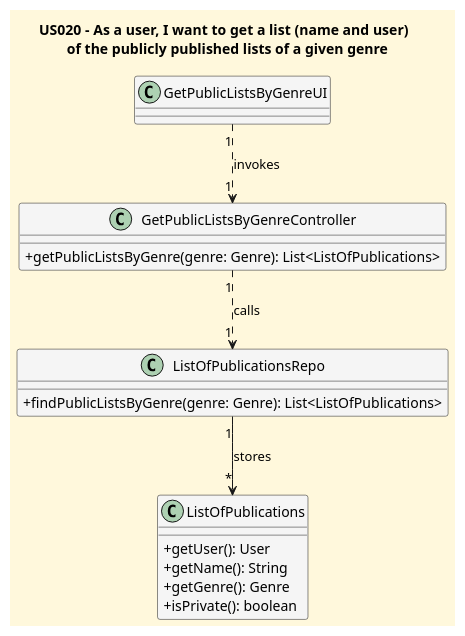
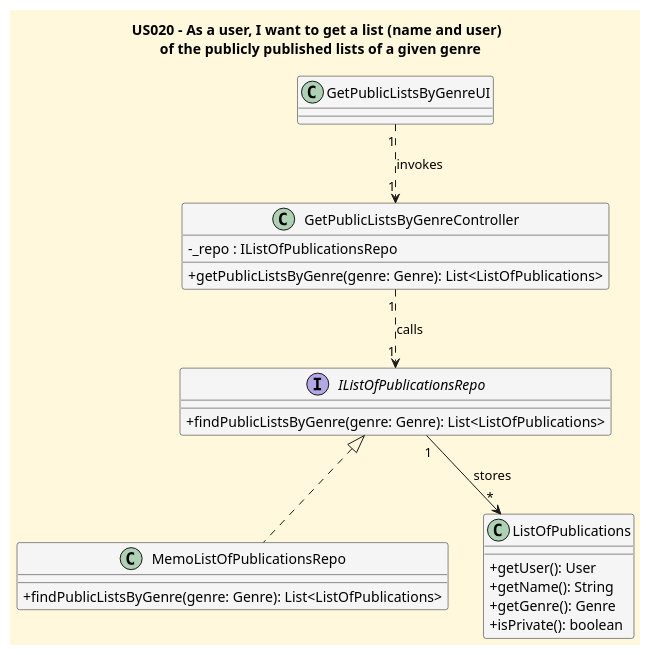
The diagram in docs/userStories/US020/US020_get_a_list_given_genres_CD.puml (CarolinaLeite-collab/JavaMarketplacePlatform), drawn with PlantUML before and after one commit. The commit also changed 5 other files, not shown here.

Commit message:
docs(diagrams): #369: update SDs/CDs for US017, US019, US020 to use IListOfPublicationsRepo.

```diff
--- a/docs/userStories/US020/US020_get_a_list_given_genres_CD.puml
+++ b/docs/userStories/US020/US020_get_a_list_given_genres_CD.puml
@@ -1,35 +1,40 @@
 @startuml
 title US020 - As a user, I want to get a list (name and user) \n of the publicly published lists of a given genre
 
 skinparam defaultFontName Futura
 skinparam backgroundColor CornSilk
 skinparam classBackgroundColor WhiteSmoke
 skinparam classAttributeIconSize 0
 
 
 class GetPublicListsByGenreUI {
 }
 
 class GetPublicListsByGenreController {
-
+  - _repo : IListOfPublicationsRepo
   +getPublicListsByGenre(genre: Genre): List<ListOfPublications>
 }
 
-class ListOfPublicationsRepo {
+interface IListOfPublicationsRepo {
+  +findPublicListsByGenre(genre: Genre): List<ListOfPublications>
+}
+
+class MemoListOfPublicationsRepo {
   +findPublicListsByGenre(genre: Genre): List<ListOfPublications>
 }
 
 class ListOfPublications {
   +getUser(): User
   +getName(): String
   +getGenre(): Genre
   +isPrivate(): boolean
 }
 
 
 GetPublicListsByGenreUI "1"..> "1" GetPublicListsByGenreController : invokes
-GetPublicListsByGenreController "1" ..> "1" ListOfPublicationsRepo : calls
-ListOfPublicationsRepo "1"--> "*"ListOfPublications : stores
+GetPublicListsByGenreController "1" ..> "1" IListOfPublicationsRepo : calls
+IListOfPublicationsRepo "1"--> "*"ListOfPublications : stores
+IListOfPublicationsRepo <|.. MemoListOfPublicationsRepo
 
 
 @enduml
```
